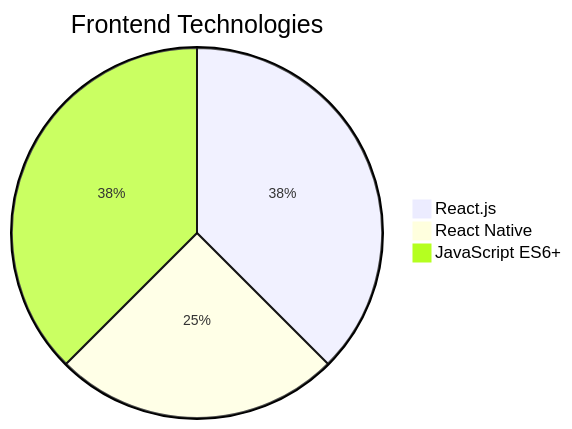
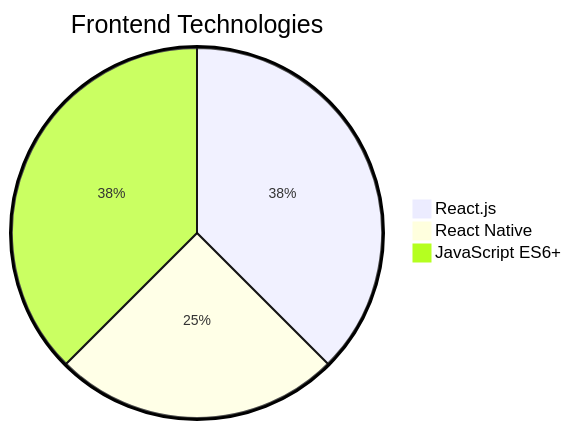
The first of 2 diagrams in README.md (nfcdjobo/nfcdjobo), drawn with Mermaid before and after one commit. The commit also changed other lines of this file, not shown here.

````diff
--- a/README.md
+++ b/README.md
@@ -27,7 +27,7 @@
 ```mermaid
-%%{init: {'pie': {'textPosition': 0.5}, 'themeVariables': {'pieOuterStrokeWidth': '2px', 'pieSectionTextSize': '14px'}}}%%
+%%{init: {'pie': {'textPosition': 0.5}, 'themeVariables': {'pieOuterStrokeWidth': '3px', 'pieSectionTextSize': '14px'}}}%%
 pie title Frontend Technologies
     "React.js" : 37.5
     "React Native" : 25
     "JavaScript ES6+" : 37.5
 ```
````
